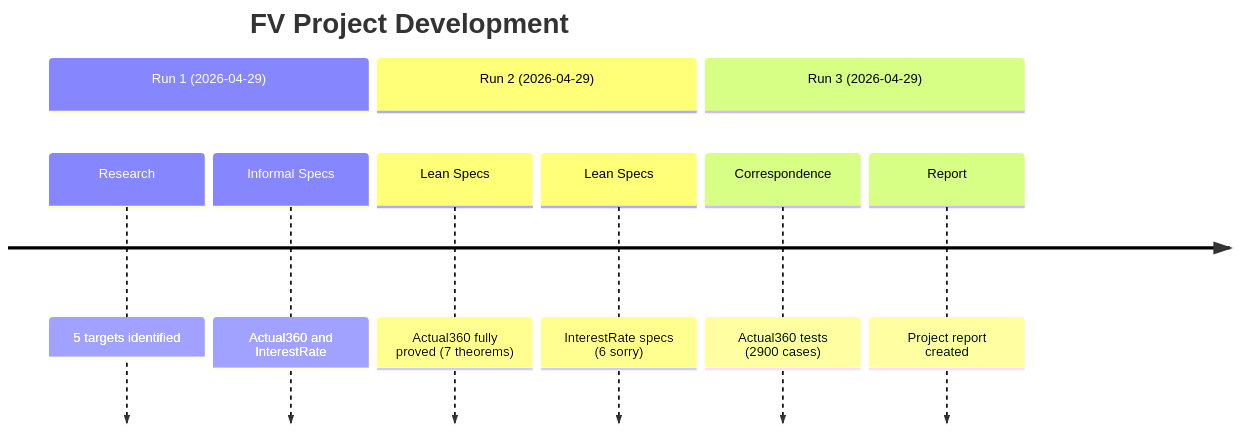
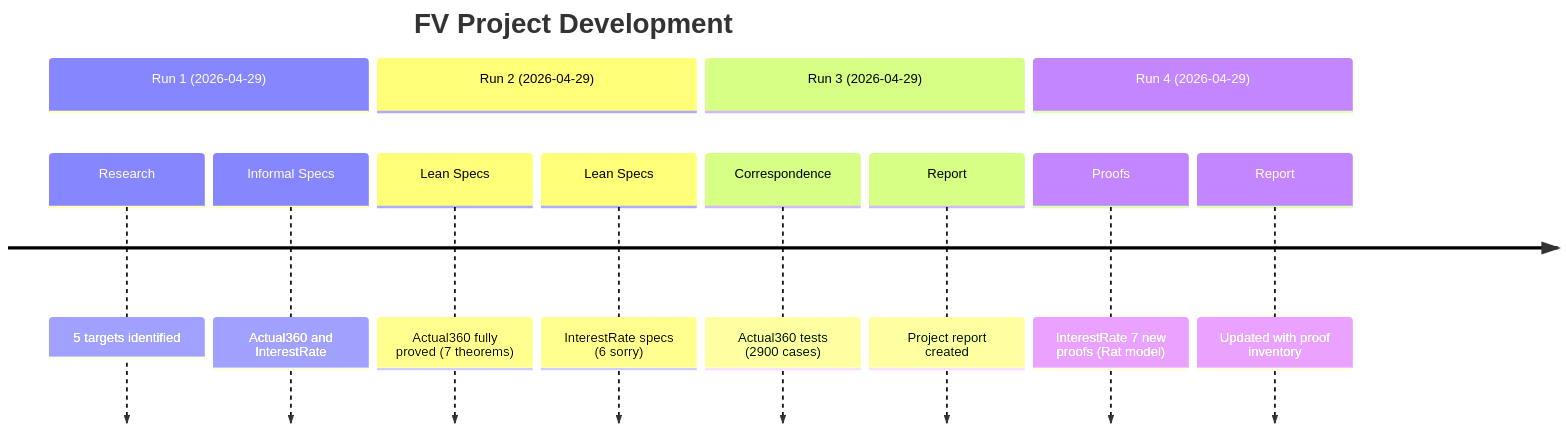
The sixth of 6 diagrams in formal-verification/REPORT.md (dsyme/QuantLib), drawn with Mermaid before and after one commit. The commit also changed other lines of this file and 1 other file, not shown here.

First line of the commit message:
feat: prove 7 InterestRate theorems over exact rationals (#6)

````diff
--- a/formal-verification/REPORT.md
+++ b/formal-verification/REPORT.md
@@ -131,13 +162,16 @@
 ```mermaid
 timeline
     title FV Project Development
     section Run 1 (2026-04-29)
         Research : 5 targets identified
         Informal Specs : Actual360 and InterestRate
     section Run 2 (2026-04-29)
         Lean Specs : Actual360 fully proved (7 theorems)
         Lean Specs : InterestRate specs (6 sorry)
     section Run 3 (2026-04-29)
         Correspondence : Actual360 tests (2900 cases)
         Report : Project report created
+    section Run 4 (2026-04-29)
+        Proofs : InterestRate 7 new proofs (Rat model)
+        Report : Updated with proof inventory
 ```
````
